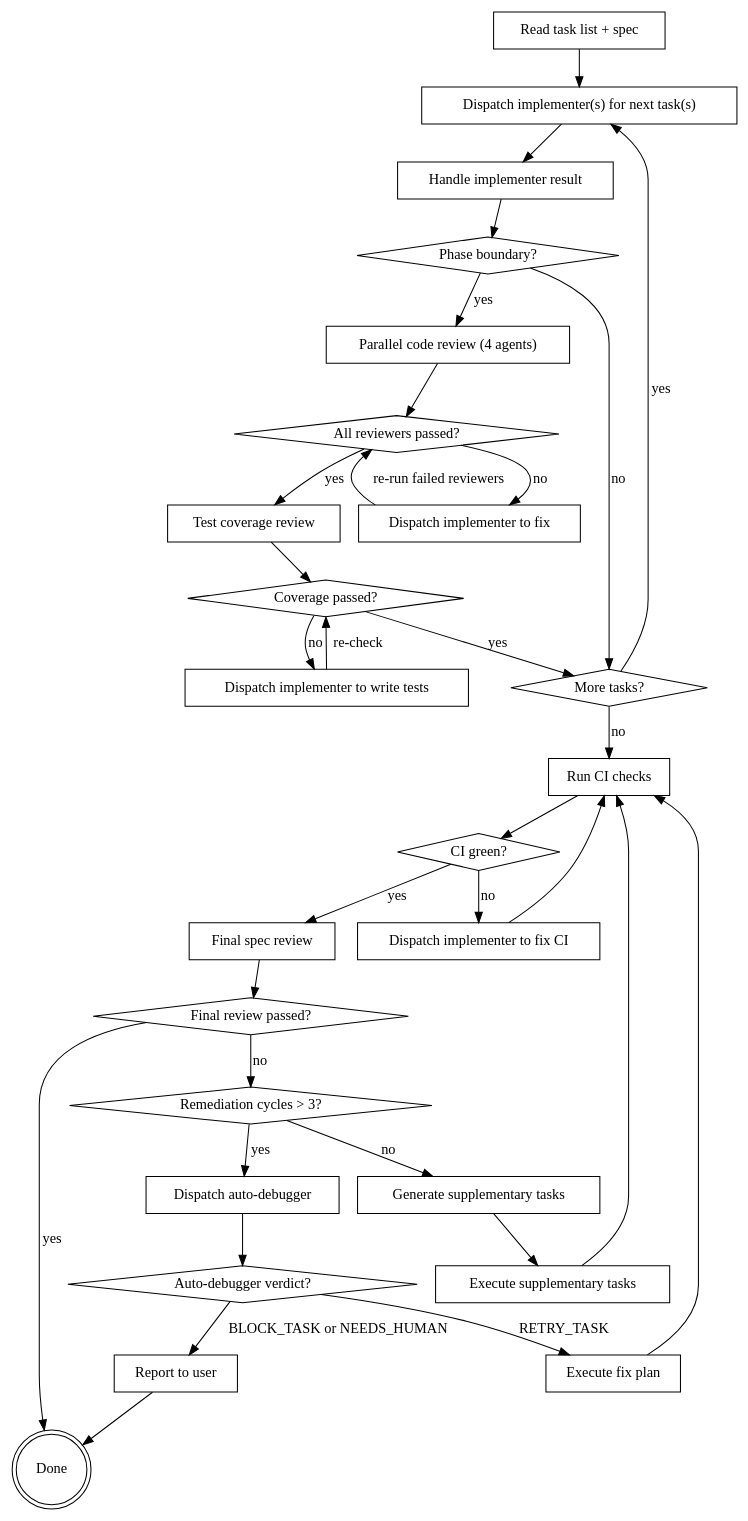
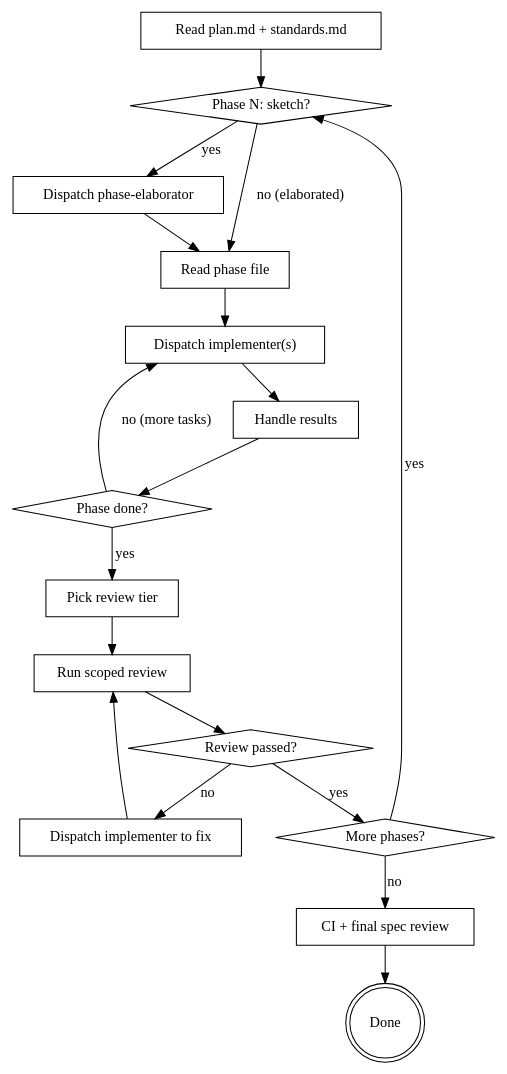
One commit to xmtplabs/code-factory changed the diagram in skills/executing-plans/SKILL.md. Above: the diagram before and after it, drawn with Graphviz. The commit also changed other lines of this file and 17 other files, not shown here.

````diff
--- a/skills/executing-plans/SKILL.md
+++ b/skills/executing-plans/SKILL.md
@@ -14,60 +14,36 @@
 ```dot
 digraph execute {
-    "Read task list + spec" [shape=box];
-    "Dispatch implementer(s) for next task(s)" [shape=box];
-    "Handle implementer result" [shape=box];
-    "Phase boundary?" [shape=diamond];
-    "Parallel code review (4 agents)" [shape=box];
-    "All reviewers passed?" [shape=diamond];
+    "Read plan.md + standards.md" [shape=box];
+    "Phase N: sketch?" [shape=diamond];
+    "Dispatch phase-elaborator" [shape=box];
+    "Read phase file" [shape=box];
+    "Dispatch implementer(s)" [shape=box];
+    "Handle results" [shape=box];
+    "Phase done?" [shape=diamond];
+    "Pick review tier" [shape=box];
+    "Run scoped review" [shape=box];
+    "Review passed?" [shape=diamond];
     "Dispatch implementer to fix" [shape=box];
-    "Test coverage review" [shape=box];
-    "Coverage passed?" [shape=diamond];
-    "Dispatch implementer to write tests" [shape=box];
-    "More tasks?" [shape=diamond];
-    "Run CI checks" [shape=box];
-    "CI green?" [shape=diamond];
-    "Dispatch implementer to fix CI" [shape=box];
-    "Final spec review" [shape=box];
-    "Final review passed?" [shape=diamond];
-    "Generate supplementary tasks" [shape=box];
-    "Execute supplementary tasks" [shape=box];
-    "Remediation cycles > 3?" [shape=diamond];
-    "Dispatch auto-debugger" [shape=box];
-    "Auto-debugger verdict?" [shape=diamond];
-    "Execute fix plan" [shape=box];
-    "Report to user" [shape=box];
+    "More phases?" [shape=diamond];
+    "CI + final spec review" [shape=box];
     "Done" [shape=doublecircle];
 
-    "Read task list + spec" -> "Dispatch implementer(s) for next task(s)";
-    "Dispatch implementer(s) for next task(s)" -> "Handle implementer result";
-    "Handle implementer result" -> "Phase boundary?";
-    "Phase boundary?" -> "More tasks?" [label="no"];
-    "Phase boundary?" -> "Parallel code review (4 agents)" [label="yes"];
-    "Parallel code review (4 agents)" -> "All reviewers passed?";
-    "All reviewers passed?" -> "Test coverage review" [label="yes"];
-    "All reviewers passed?" -> "Dispatch implementer to fix" [label="no"];
-    "Dispatch implementer to fix" -> "All reviewers passed?" [label="re-run failed reviewers"];
-    "Test coverage review" -> "Coverage passed?";
-    "Coverage passed?" -> "More tasks?" [label="yes"];
-    "Coverage passed?" -> "Dispatch implementer to write tests" [label="no"];
-    "Dispatch implementer to write tests" -> "Coverage passed?" [label="re-check"];
-    "More tasks?" -> "Dispatch implementer(s) for next task(s)" [label="yes"];
-    "More tasks?" -> "Run CI checks" [label="no"];
-    "Run CI checks" -> "CI green?";
-    "CI green?" -> "Final spec review" [label="yes"];
-    "CI green?" -> "Dispatch implementer to fix CI" [label="no"];
-    "Dispatch implementer to fix CI" -> "Run CI checks";
-    "Final spec review" -> "Final review passed?";
-    "Final review passed?" -> "Done" [label="yes"];
-    "Final review passed?" -> "Remediation cycles > 3?" [label="no"];
-    "Remediation cycles > 3?" -> "Generate supplementary tasks" [label="no"];
-    "Remediation cycles > 3?" -> "Dispatch auto-debugger" [label="yes"];
-    "Generate supplementary tasks" -> "Execute supplementary tasks";
-    "Execute supplementary tasks" -> "Run CI checks";
-    "Dispatch auto-debugger" -> "Auto-debugger verdict?";
-    "Auto-debugger verdict?" -> "Execute fix plan" [label="RETRY_TASK"];
-    "Auto-debugger verdict?" -> "Report to user" [label="BLOCK_TASK or NEEDS_HUMAN"];
-    "Execute fix plan" -> "Run CI checks";
-    "Report to user" -> "Done";
+    "Read plan.md + standards.md" -> "Phase N: sketch?";
+    "Phase N: sketch?" -> "Dispatch phase-elaborator" [label="yes"];
+    "Phase N: sketch?" -> "Read phase file" [label="no (elaborated)"];
+    "Dispatch phase-elaborator" -> "Read phase file";
+    "Read phase file" -> "Dispatch implementer(s)";
+    "Dispatch implementer(s)" -> "Handle results";
+    "Handle results" -> "Phase done?";
+    "Phase done?" -> "Dispatch implementer(s)" [label="no (more tasks)"];
+    "Phase done?" -> "Pick review tier" [label="yes"];
+    "Pick review tier" -> "Run scoped review";
+    "Run scoped review" -> "Review passed?";
+    "Review passed?" -> "More phases?" [label="yes"];
+    "Review passed?" -> "Dispatch implementer to fix" [label="no"];
+    "Dispatch implementer to fix" -> "Run scoped review";
+    "More phases?" -> "Phase N: sketch?" [label="yes"];
+    "More phases?" -> "CI + final spec review" [label="no"];
+    "CI + final spec review" -> "Done";
 }
 ```
````
